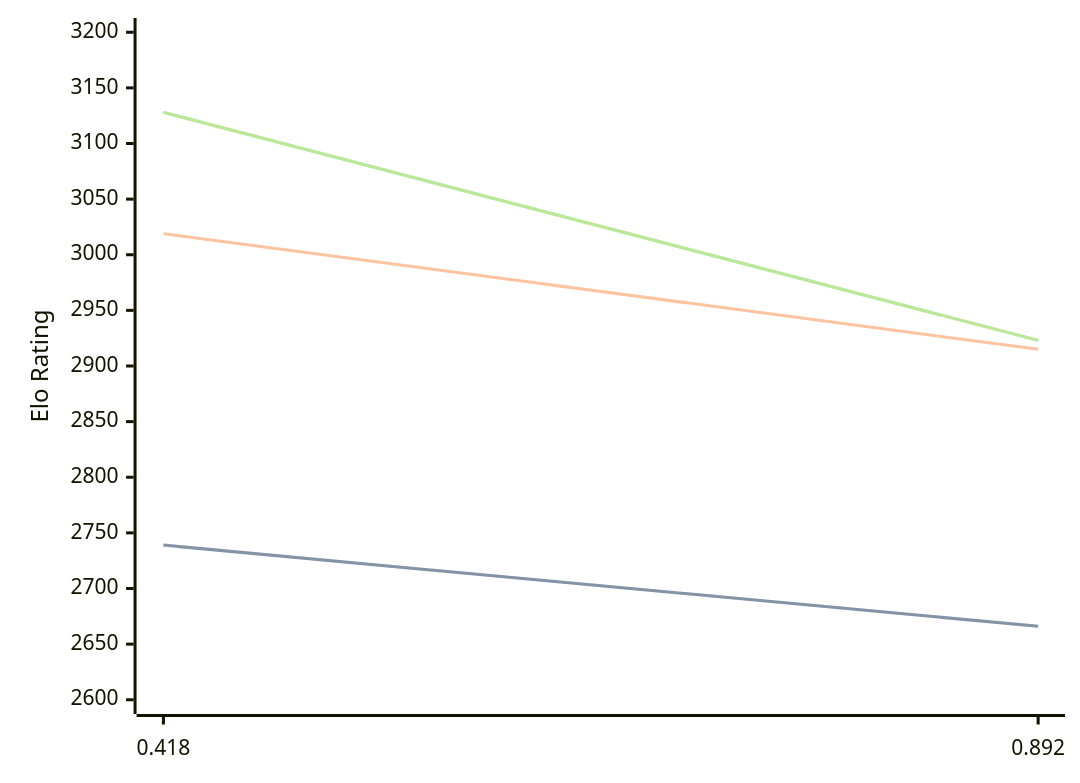
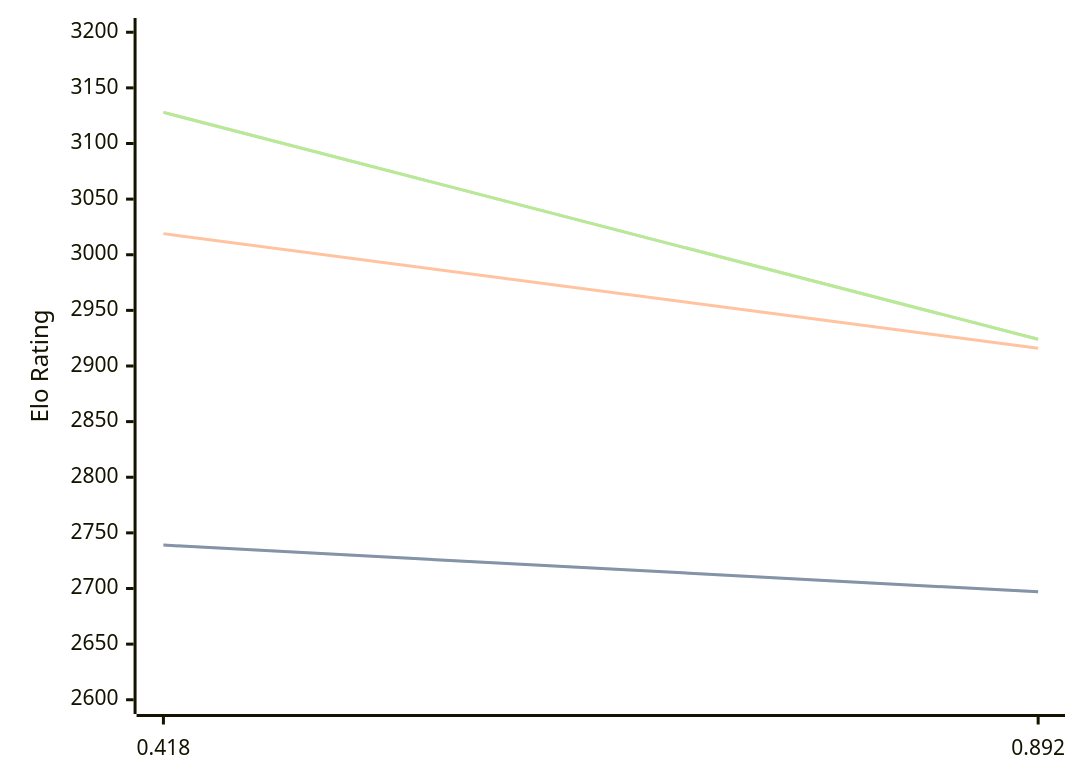
One commit to computer-chess-index/cci changed the diagram in engines/Malika.md. Above: the diagram before and after it, drawn with Mermaid. The commit also changed other lines of this file, not shown here.

Commit message:
Update CCI Ratings (ELO VLTC) - 2026-03-27

````diff
--- a/engines/Malika.md
+++ b/engines/Malika.md
@@ -32,11 +34,11 @@
 ```mermaid
 %%{init: {"theme":"base","themeVariables":{"seriesColors:['#a3a3a3','#222221','#faa371']}}}%%
 xychart-beta
   x-axis ["0.418", "0.892"]
   y-axis "Elo Rating" 2600 --> 3200
-  line "STC (8.0+0.08s)" [2739, 2666]
-  line "STC (8.0+0.08s)" [2739, 2666]
-  line "LTC (60.0+0.60s)" [3019, 2915]
-  line "VLTC (2m24s+1.12s)" [3128, 2923]
-  line "VLTC (2m24s+1.12s)" [3128, 2923]
+  line "STC (8.0+0.08s)" [2739, 2697]
+  line "STC (8.0+0.08s)" [2739, 2697]
+  line "LTC (60.0+0.60s)" [3019, 2916]
+  line "VLTC (2m24s+1.12s)" [3128, 2924]
+  line "VLTC (2m24s+1.12s)" [3128, 2924]
 ```
````
